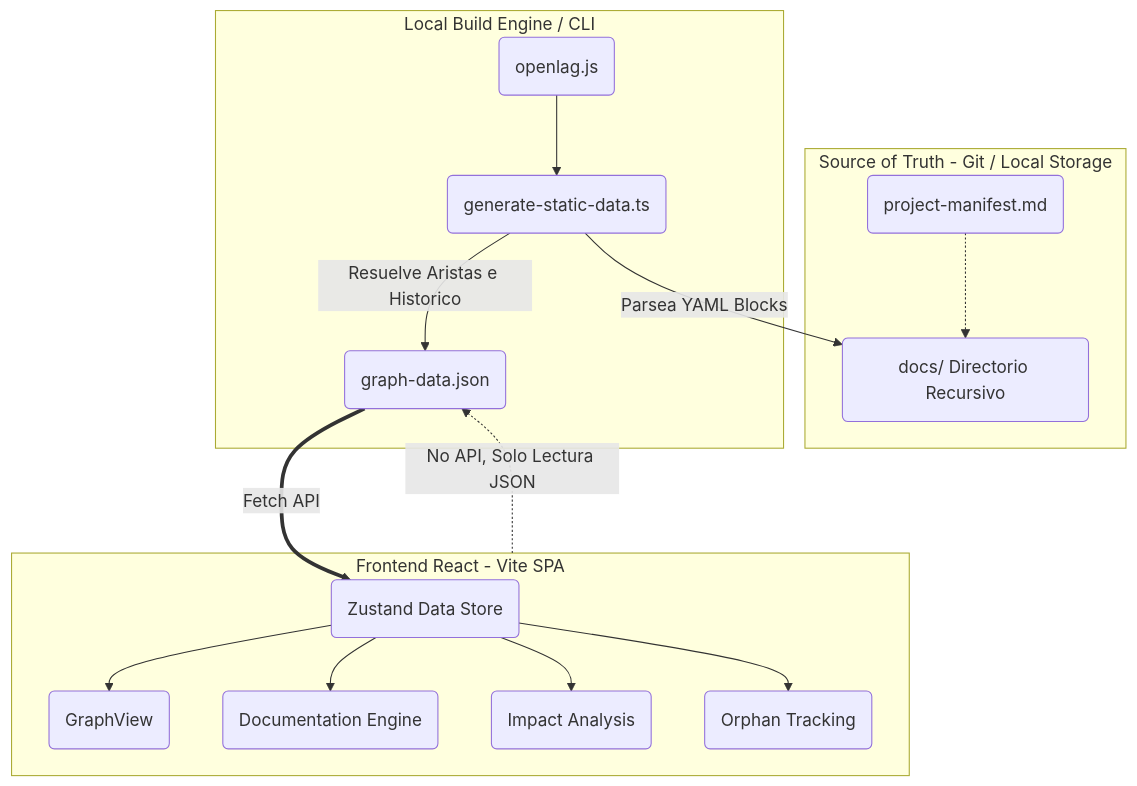
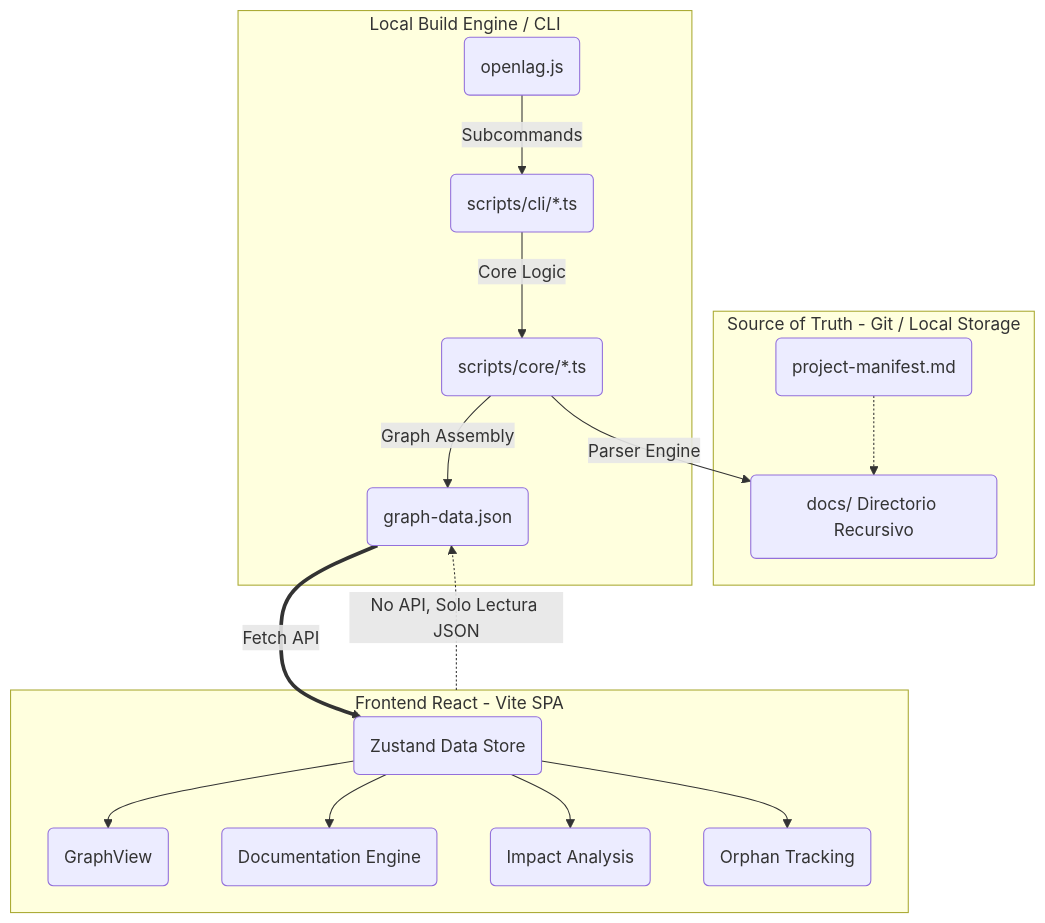
Before and after one commit to donartcha/OpenLAG: the first of 2 diagrams in DOCUMENTACION_OPENLAG.md, drawn with Mermaid. The commit also changed other lines of this file and 12 other files, not shown here.

First line of the commit message:
feat: Refactor CLI to use commander and organize scripts

````diff
--- a/DOCUMENTACION_OPENLAG.md
+++ b/DOCUMENTACION_OPENLAG.md
@@ -106,24 +107,25 @@
 ```mermaid
 graph TD
     subgraph DataLayer [Source of Truth - Git / Local Storage]
         MF("project-manifest.md")
         DIR("docs/ Directorio Recursivo")
         MF -.-> DIR
     end
 
     subgraph Compiler [Local Build Engine / CLI]
-        CLI("openlag.js") --> GEN("generate-static-data.ts")
-        GEN -- "Parsea YAML Blocks" --> DIR
-        GEN -- "Resuelve Aristas e Historico" --> JSON("graph-data.json")
+        CLI("openlag.js") -- "Subcommands" --> SUBS("scripts/cli/*.ts")
+        SUBS -- "Core Logic" --> CORE("scripts/core/*.ts")
+        CORE -- "Parser Engine" --> DIR
+        CORE -- "Graph Assembly" --> JSON("graph-data.json")
     end
 
     subgraph ClientApp [Frontend React - Vite SPA]
         JSON == "Fetch API" ==> ZUS("Zustand Data Store")
         ZUS --> GR("GraphView")
         ZUS --> DC("Documentation Engine")
         ZUS --> IMP("Impact Analysis")
         ZUS --> ORP("Orphan Tracking")
     end
 
     ClientApp -. "No API, Solo Lectura JSON" .-> JSON
 ```
````
